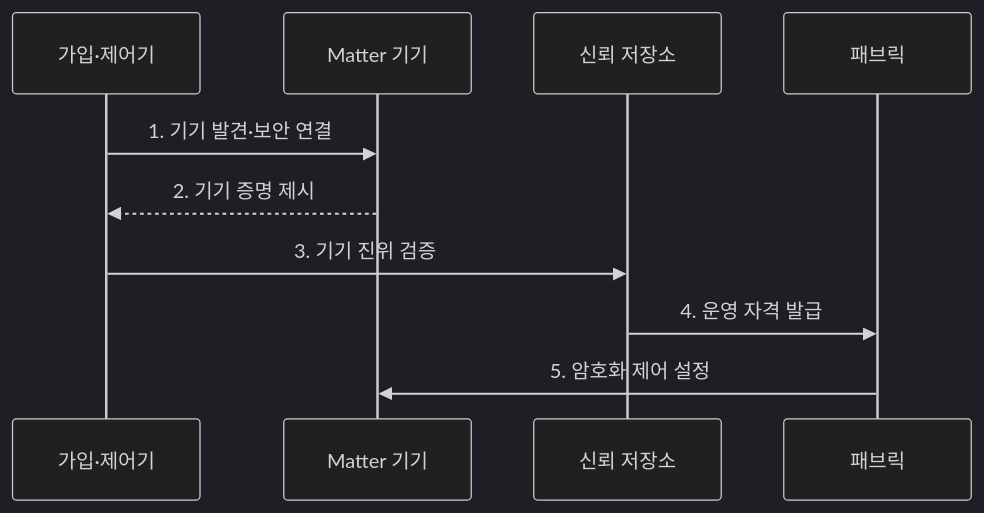
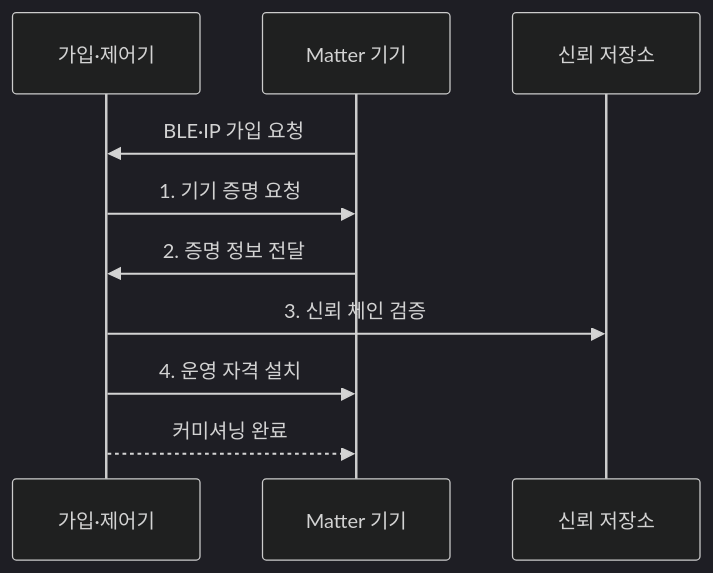
Before and after one commit to agnusdei1207/knowledge-base: the second of 2 diagrams in src/content/docs/notes/04-network/113_smart_home_network_matter.md, drawn with Mermaid (dark theme). The commit also changed other lines of this file and 16 other files, not shown here.

````diff
--- a/src/content/docs/notes/04-network/113_smart_home_network_matter.md
+++ b/src/content/docs/notes/04-network/113_smart_home_network_matter.md
@@ -82,12 +78,12 @@
 ```mermaid
 sequenceDiagram
   participant C as 가입·제어기
   participant D as Matter 기기
   participant T as 신뢰 저장소
-  participant F as 패브릭
-  C->>D: 1. 기기 발견·보안 연결
-  D-->>C: 2. 기기 증명 제시
-  C->>T: 3. 기기 진위 검증
-  T->>F: 4. 운영 자격 발급
-  F->>D: 5. 암호화 제어 설정
+  D->>C: BLE·IP 가입 요청
+  C->>D: 1. 기기 증명 요청
+  D->>C: 2. 증명 정보 전달
+  C->>T: 3. 신뢰 체인 검증
+  C->>D: 4. 운영 자격 설치
+  C-->>D: 커미셔닝 완료
 ```
````
